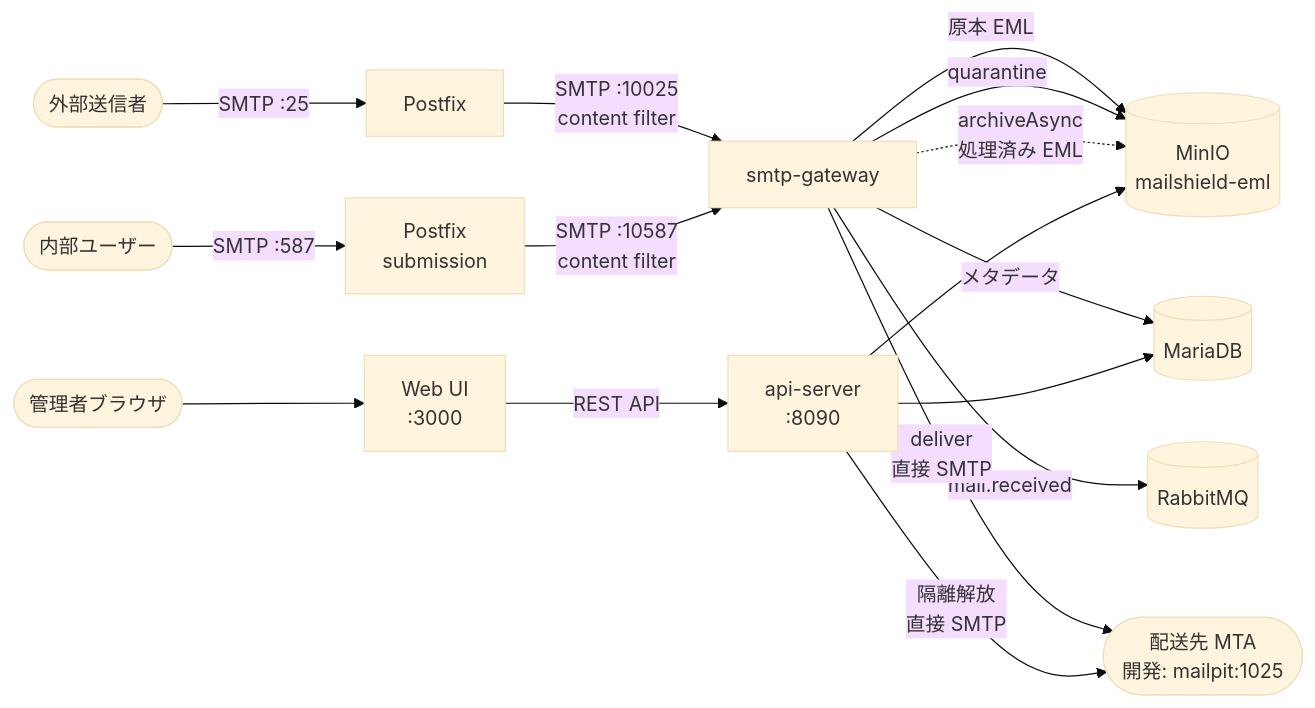
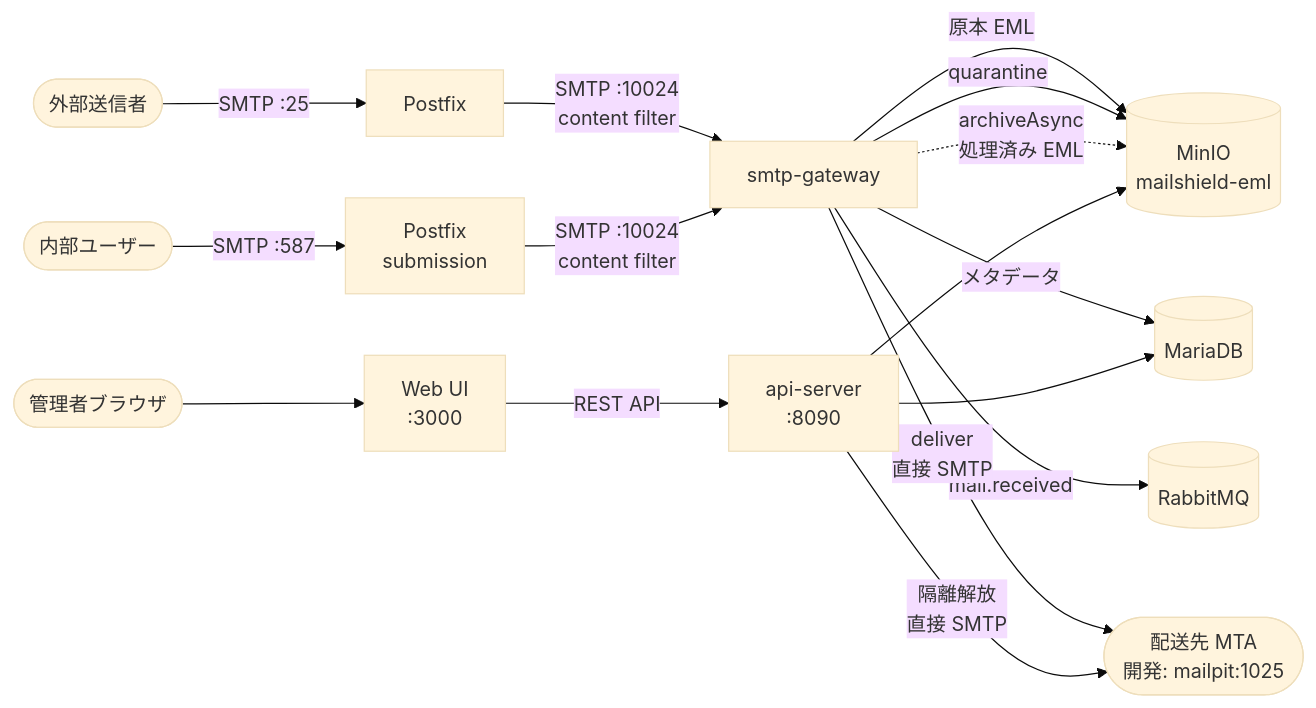
One commit to yumekui08/mailshield changed the diagram in docs/architecture.md. Above: the diagram before and after it, drawn with Mermaid (base theme). The commit also changed other lines of this file and 22 other files, not shown here.

````diff
--- a/docs/architecture.md
+++ b/docs/architecture.md
@@ -9,21 +9,21 @@
 ```mermaid
 flowchart LR
     Sender([外部送信者]) -->|SMTP :25| Postfix
-    Postfix -->|SMTP :10025\ncontent filter| GW[smtp-gateway]
+    Postfix -->|SMTP :10024\ncontent filter| GW[smtp-gateway]
 
     GW -->|原本 EML| MinIO[(MinIO\nmailshield-eml)]
     GW -->|メタデータ| DB[(MariaDB)]
     GW -->|mail.received| MQ[(RabbitMQ)]
     GW -->|deliver\n直接 SMTP| Dest([配送先 MTA\n開発: mailpit:1025])
     GW -->|quarantine| MinIO
     GW -.->|archiveAsync\n処理済み EML| MinIO
 
     Admin([管理者ブラウザ]) --> WebUI[Web UI\n:3000]
     WebUI -->|REST API| API[api-server\n:8090]
     API --> DB
     API --> MinIO
     API -->|隔離解放\n直接 SMTP| Dest
 
     MUA([内部ユーザー]) -->|SMTP :587| PostfixSub[Postfix\nsubmission]
-    PostfixSub -->|SMTP :10587\ncontent filter| GW
+    PostfixSub -->|SMTP :10024\ncontent filter| GW
 ```
````
